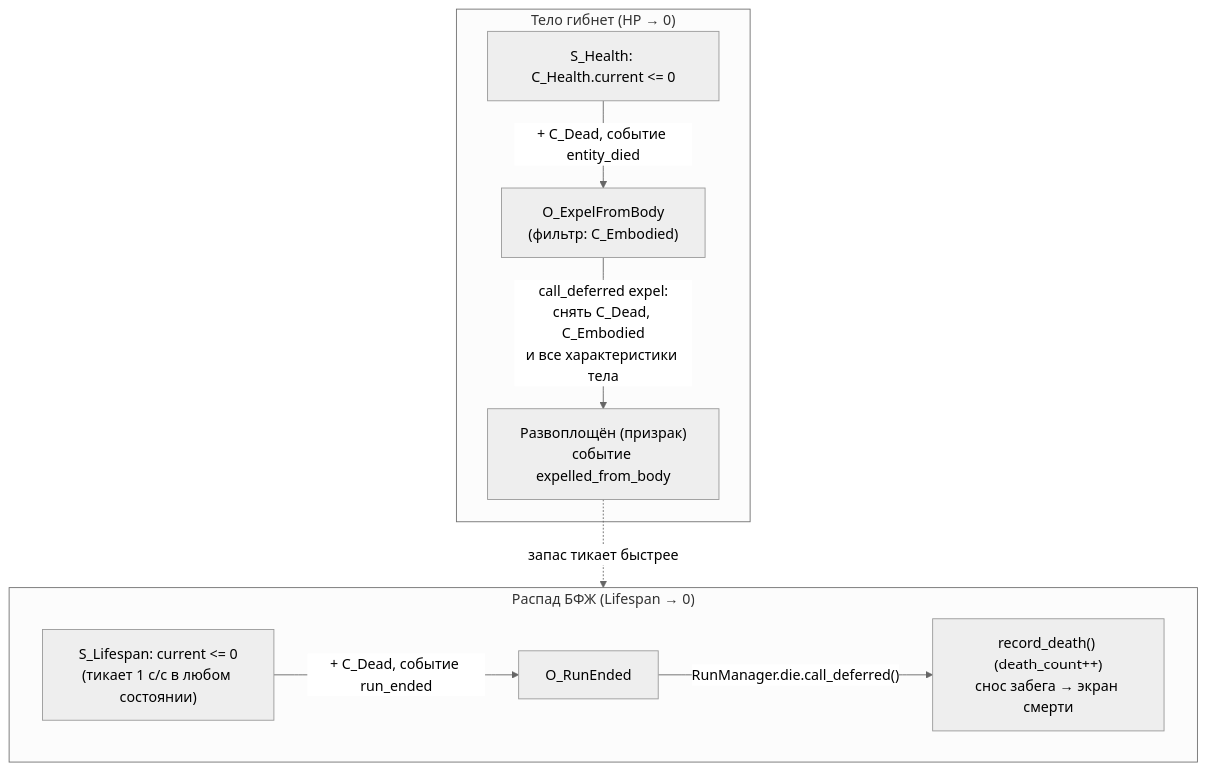
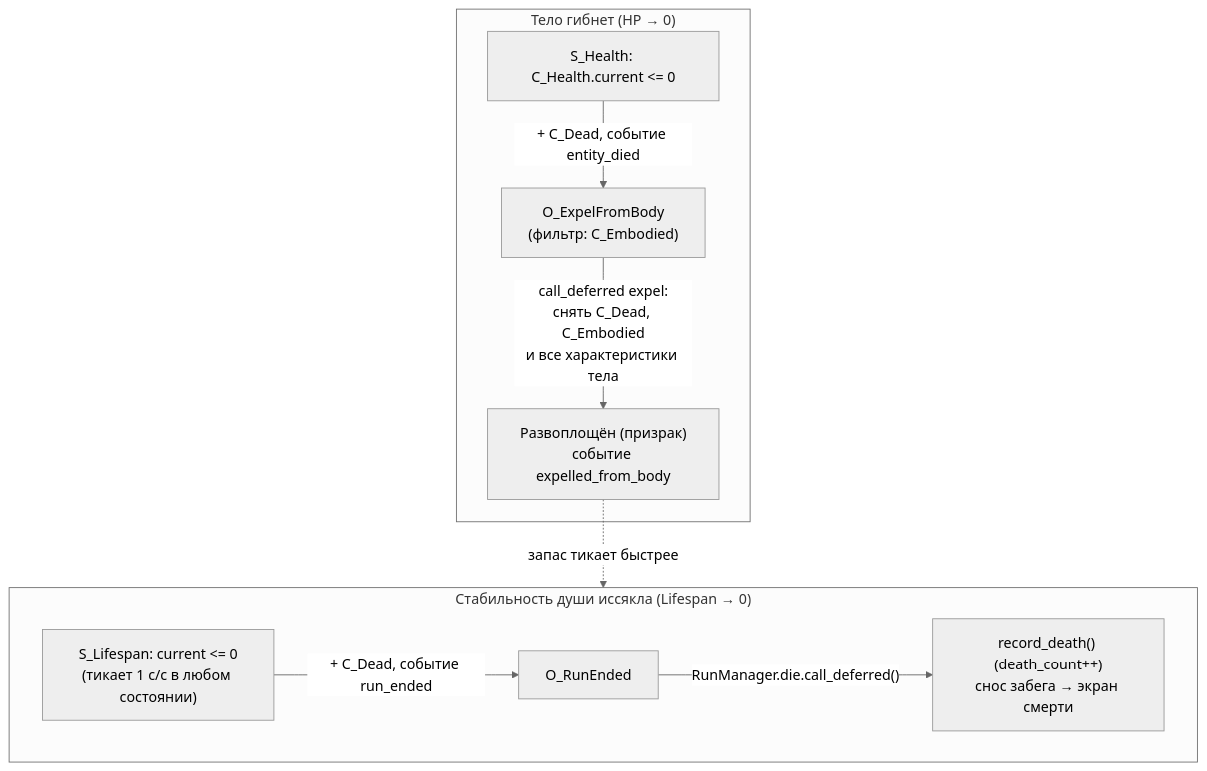
The second of 2 diagrams in docs/astral-genesis/how-to/Захват тела.md (Manshooo/astral-genesis), drawn with Mermaid (neutral theme) before and after one commit. The commit also changed other lines of this file and 19 other files, not shown here.

First line of the commit message:
Терминология: распад души → стабильность души

````diff
--- a/docs/astral-genesis/how-to/Захват тела.md
+++ b/docs/astral-genesis/how-to/Захват тела.md
@@ -448,14 +453,14 @@
 ```mermaid
 flowchart TD
     subgraph body["Тело гибнет (HP → 0)"]
         h["S_Health: C_Health.current <= 0"] -->|"+ C_Dead, событие entity_died"| oe["O_ExpelFromBody<br/>(фильтр: C_Embodied)"]
         oe -->|"call_deferred expel:<br/>снять C_Dead, C_Embodied<br/>и все характеристики тела"| ghost["Развоплощён (призрак)<br/>событие expelled_from_body"]
     end
 
-    subgraph decay["Распад БФЖ (Lifespan → 0)"]
+    subgraph decay["Стабильность души иссякла (Lifespan → 0)"]
         sl["S_Lifespan: current <= 0<br/>(тикает 1 с/с в любом состоянии)"] -->|"+ C_Dead, событие run_ended"| ore["O_RunEnded"]
         ore -->|"RunManager.die.call_deferred()"| die["record_death() (death_count++)<br/>снос забега → экран смерти"]
     end
 
     ghost -.->|"запас тикает быстрее"| decay
 ```
````
